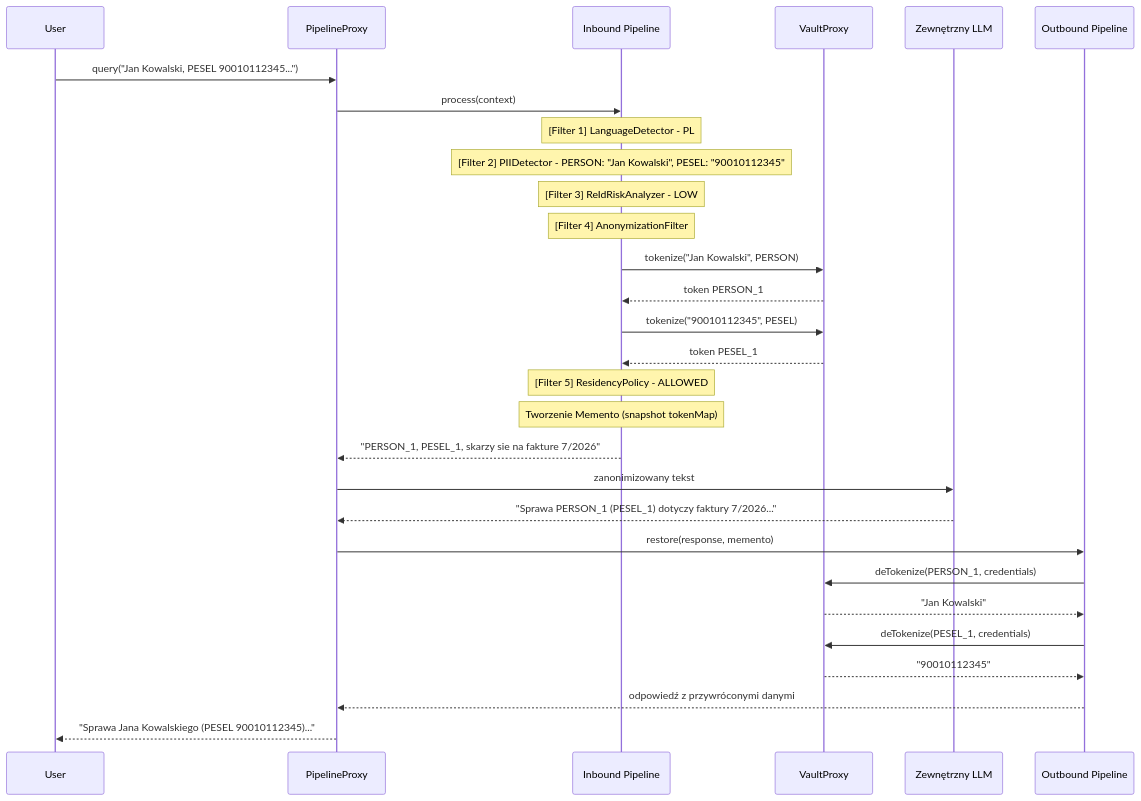
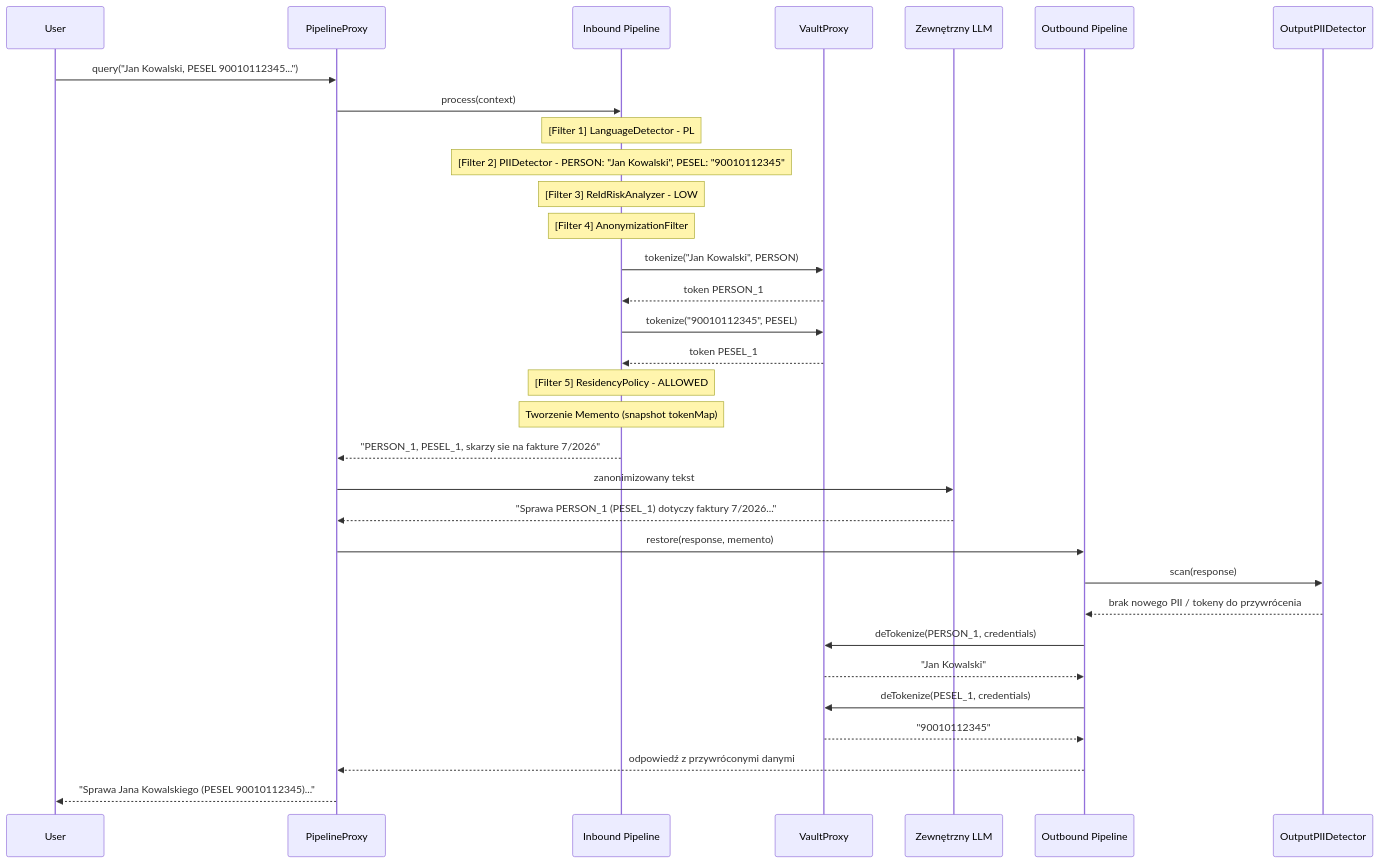
The eighth of 14 diagrams in ARCHITECTURE.md (gniewekk/Privacy-Preserving-Context-Pipeline-for-LLMs-DP), drawn with Mermaid before and after one commit. The commit also changed other lines of this file, not shown here.

Commit message:
architecture changed

````diff
--- a/ARCHITECTURE.md
+++ b/ARCHITECTURE.md
@@ -433,37 +453,40 @@
 ```mermaid
 sequenceDiagram
     participant User
     participant Proxy as PipelineProxy
     participant InPipe as Inbound Pipeline
     participant Vault as VaultProxy
     participant LLM as Zewnętrzny LLM
     participant OutPipe as Outbound Pipeline
+    participant OutputPII as OutputPIIDetector
 
     User->>Proxy: query("Jan Kowalski, PESEL 90010112345...")
     Proxy->>InPipe: process(context)
 
     Note over InPipe: [Filter 1] LanguageDetector - PL
     Note over InPipe: [Filter 2] PIIDetector - PERSON: "Jan Kowalski", PESEL: "90010112345"
     Note over InPipe: [Filter 3] ReIdRiskAnalyzer - LOW
     Note over InPipe: [Filter 4] AnonymizationFilter
 
     InPipe->>Vault: tokenize("Jan Kowalski", PERSON)
     Vault-->>InPipe: token PERSON_1
     InPipe->>Vault: tokenize("90010112345", PESEL)
     Vault-->>InPipe: token PESEL_1
 
     Note over InPipe: [Filter 5] ResidencyPolicy - ALLOWED
     Note over InPipe: Tworzenie Memento (snapshot tokenMap)
 
     InPipe-->>Proxy: "PERSON_1, PESEL_1, skarzy sie na fakture 7/2026"
     Proxy->>LLM: zanonimizowany tekst
     LLM-->>Proxy: "Sprawa PERSON_1 (PESEL_1) dotyczy faktury 7/2026..."
 
     Proxy->>OutPipe: restore(response, memento)
+    OutPipe->>OutputPII: scan(response)
+    OutputPII-->>OutPipe: brak nowego PII / tokeny do przywrócenia
     OutPipe->>Vault: deTokenize(PERSON_1, credentials)
     Vault-->>OutPipe: "Jan Kowalski"
     OutPipe->>Vault: deTokenize(PESEL_1, credentials)
     Vault-->>OutPipe: "90010112345"
     OutPipe-->>Proxy: odpowiedź z przywróconymi danymi
     Proxy-->>User: "Sprawa Jana Kowalskiego (PESEL 90010112345)..."
 ```
````
